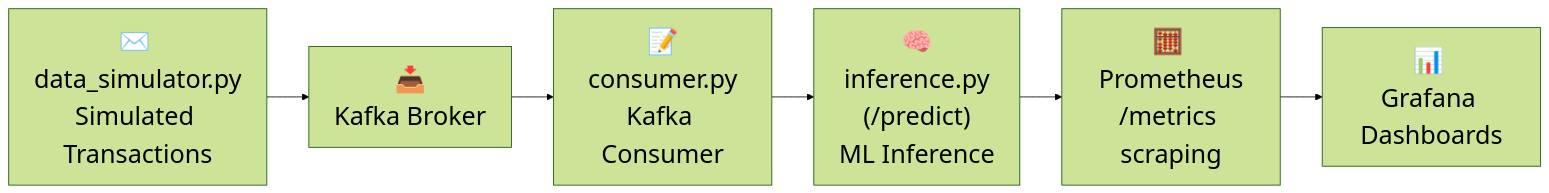
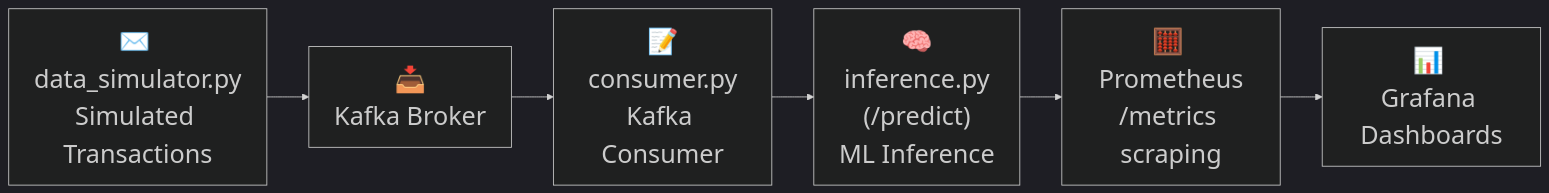
One commit to 1337kuzey/Real-Time-Fraud-Detection changed the diagram in README.md. Above: the diagram before and after it, drawn with Mermaid.

````diff
--- a/README.md
+++ b/README.md
@@ -21,16 +21,16 @@
 ```mermaid
-%%{init: {'theme': 'forest', 'themeVariables': { 'fontSize': '30px', 'fontFamily': 'sans-serif'}}}%%
+%%{init: {'theme': 'dark', 'themeVariables': { 'fontSize': '30px', 'fontFamily': 'sans-serif'}}}%%
 flowchart LR
   Simulator["✉️ <br>data_simulator.py<br>Simulated Transactions"]
   Kafka["📥 <br>Kafka Broker"]
   Consumer["📝<br>consumer.py<br>Kafka Consumer"]
   FastAPI["🧠<br>inference.py<br>(/predict)<br>ML Inference"]
   Prometheus["🧮 <br>Prometheus<br>/metrics scraping"]
   Grafana["📊 <br>Grafana Dashboards"]
 
   Simulator --> Kafka
   Kafka --> Consumer
   Consumer --> FastAPI
   FastAPI --> Prometheus
   Prometheus --> Grafana
 ```
````
